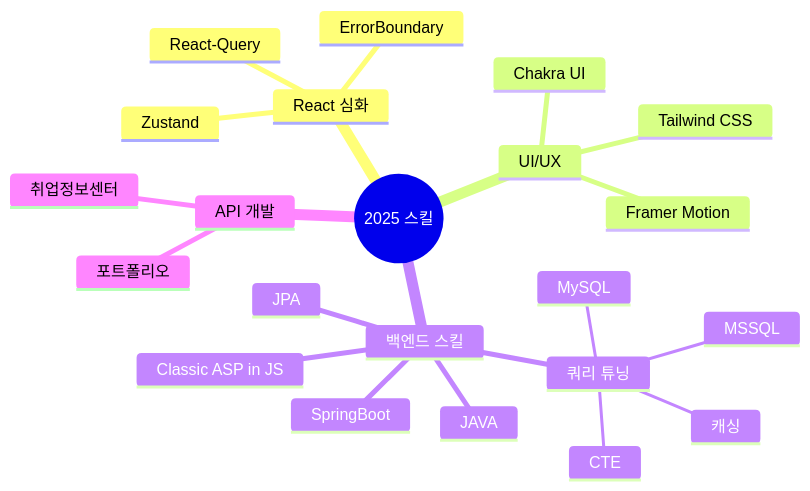
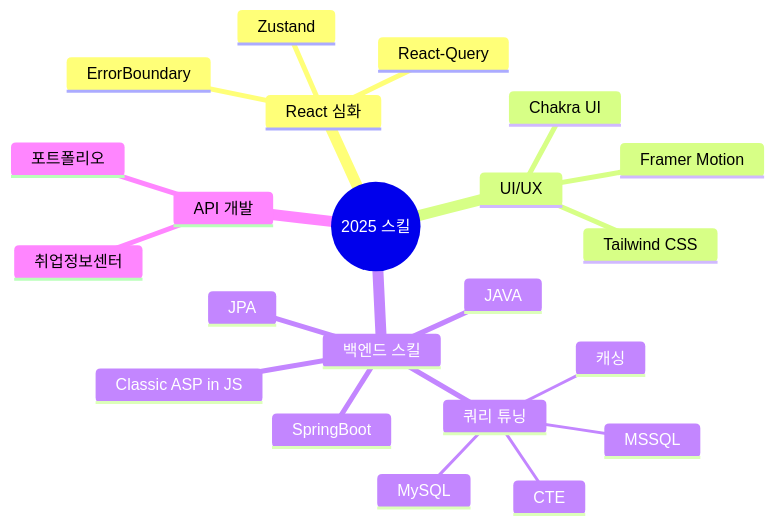
One commit to SnowsFE/SnowsFE changed the diagram in README.md. Above: the diagram before and after it, drawn with Mermaid. The commit also changed other lines of this file, not shown here.

````diff
--- a/README.md
+++ b/README.md
@@ -145,25 +145,25 @@
 ```mermaid
 mindmap
   root((2025 스킬))
     React 심화
       Zustand
       React-Query
       ErrorBoundary
     UI/UX
       Chakra UI
       Tailwind CSS
       Framer Motion
     백엔드 스킬
       Classic ASP in JS
+      SpringBoot
       JAVA
-      SpringBoot
       JPA
       쿼리 튜닝
         MSSQL
         MySQL
         CTE
         캐싱
     API 개발
       포트폴리오
       취업정보센터
 ```
````
